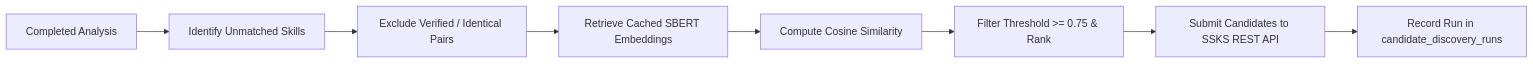
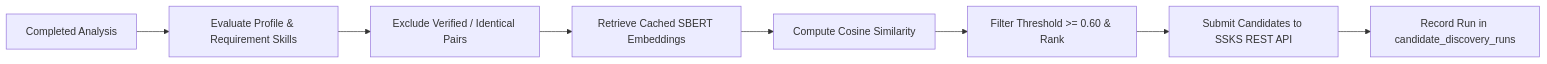
One commit to Akalankagunathilake2002/J26-SE-328-RP changed the fourth of 4 diagrams in services/readiness-engine/README.md. Above: the diagram before and after it, drawn with Mermaid. The commit also changed other lines of this file and 5 other files, not shown here.

````diff
--- a/services/readiness-engine/README.md
+++ b/services/readiness-engine/README.md
@@ -283,10 +283,10 @@
 ```mermaid
 flowchart LR
-    A[Completed Analysis] --> B[Identify Unmatched Skills]
+    A[Completed Analysis] --> B[Evaluate Profile & Requirement Skills]
     B --> C[Exclude Verified / Identical Pairs]
     C --> D[Retrieve Cached SBERT Embeddings]
     D --> E[Compute Cosine Similarity]
-    E --> F[Filter Threshold >= 0.75 & Rank]
+    E --> F[Filter Threshold >= 0.60 & Rank]
     F --> G[Submit Candidates to SSKS REST API]
     G --> H[Record Run in candidate_discovery_runs]
 ```
````
